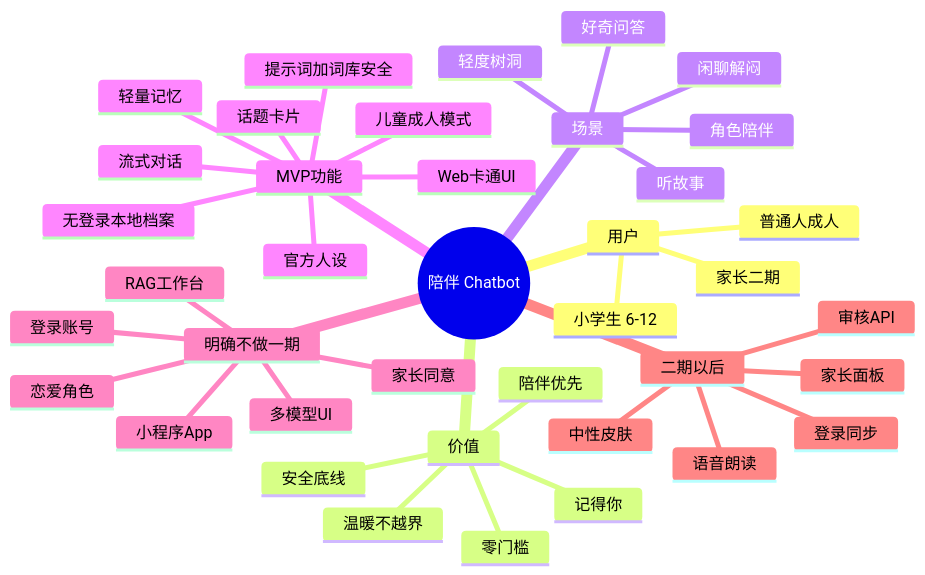
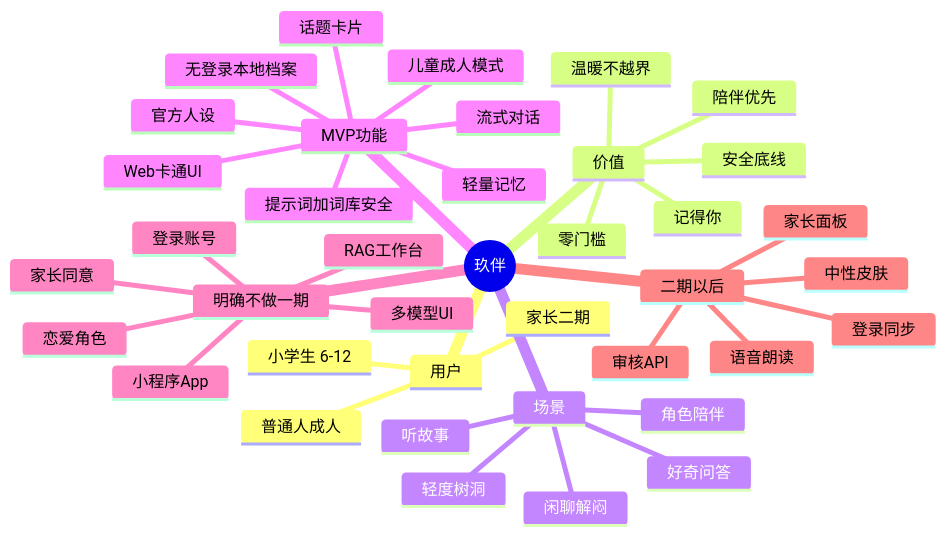
The fifth of 11 diagrams in docs/diagrams.md (LinJJ12/EverPal), drawn with Mermaid before and after one commit. The commit also changed other lines of this file and 8 other files, not shown here.

````diff
--- a/docs/diagrams.md
+++ b/docs/diagrams.md
@@ -83,42 +84,42 @@
 ```mermaid
 mindmap
-  root((陪伴 Chatbot))
+  root((玖伴))
     用户
       小学生 6-12
       普通人成人
       家长二期
     价值
       陪伴优先
       零门槛
       安全底线
       记得你
       温暖不越界
     场景
       闲聊解闷
       听故事
       好奇问答
       轻度树洞
       角色陪伴
     MVP功能
       Web卡通UI
       流式对话
       儿童成人模式
       官方人设
       轻量记忆
       话题卡片
       提示词加词库安全
       无登录本地档案
     明确不做一期
       登录账号
       恋爱角色
       家长同意
       多模型UI
       RAG工作台
       小程序App
     二期以后
       语音朗读
       家长面板
       中性皮肤
       登录同步
       审核API
 ```
````
